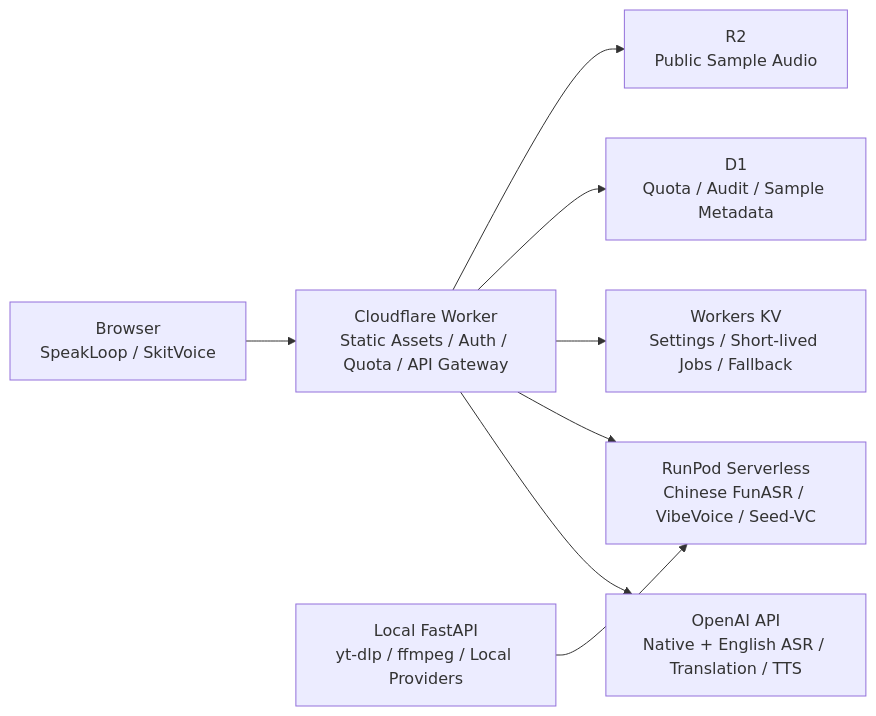
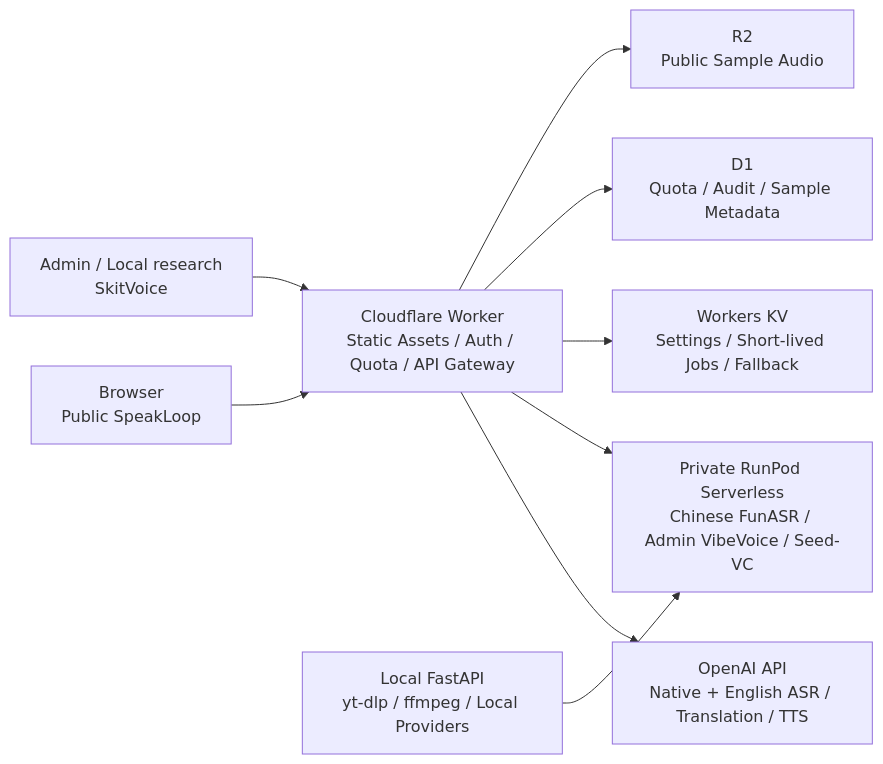
Before and after one commit to inakaegg/voice-lab: the diagram in README.md, drawn with Mermaid. The commit also changed other lines of this file and 42 other files, not shown here.

````diff
--- a/README.md
+++ b/README.md
@@ -34,10 +34,11 @@
 ```mermaid
 flowchart LR
-    Browser[Browser\nSpeakLoop / SkitVoice] --> Worker[Cloudflare Worker\nStatic Assets / Auth / Quota / API Gateway]
+    Browser[Browser\nPublic SpeakLoop] --> Worker[Cloudflare Worker\nStatic Assets / Auth / Quota / API Gateway]
+    Admin[Admin / Local research\nSkitVoice] --> Worker
     Worker --> OpenAI[OpenAI API\nNative + English ASR / Translation / TTS]
-    Worker --> RunPod[RunPod Serverless\nChinese FunASR / VibeVoice / Seed-VC]
+    Worker --> RunPod[Private RunPod Serverless\nChinese FunASR / Admin VibeVoice / Seed-VC]
     Worker --> KV[Workers KV\nSettings / Short-lived Jobs / Fallback]
     Worker --> D1[D1\nQuota / Audit / Sample Metadata]
     Worker --> R2[R2\nPublic Sample Audio]
     Local[Local FastAPI\nyt-dlp / ffmpeg / Local Providers] --> RunPod
 ```
````
